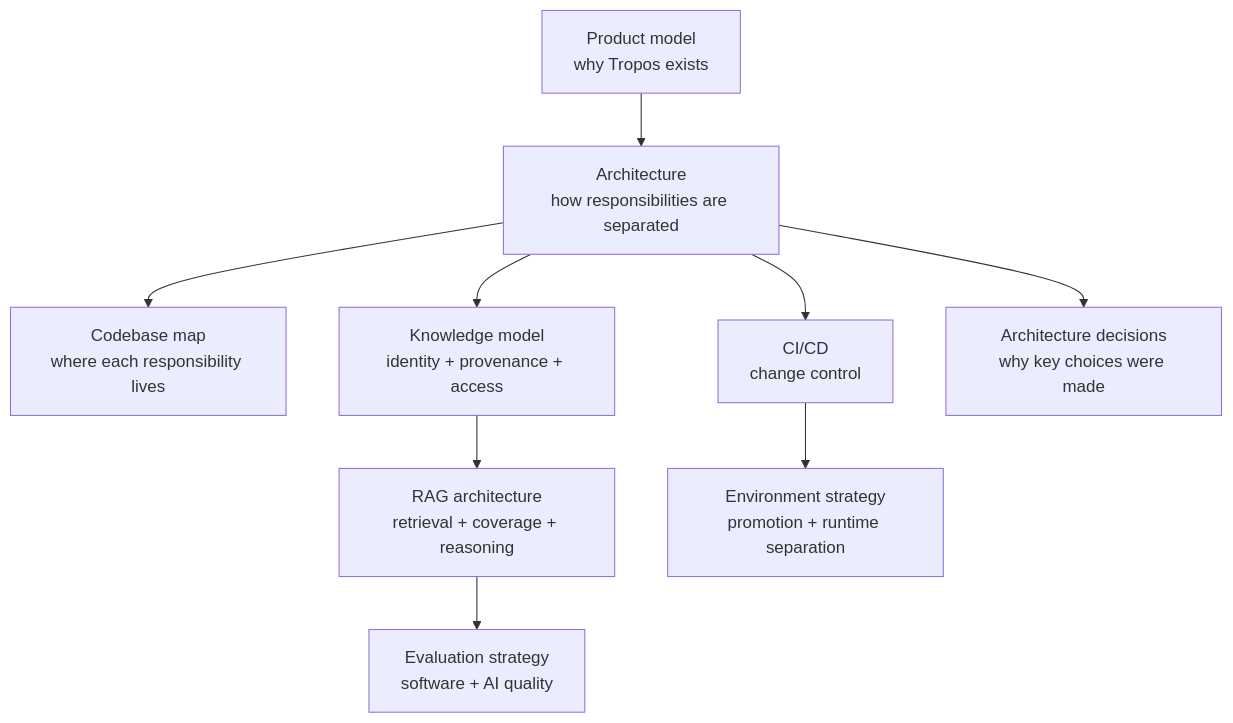
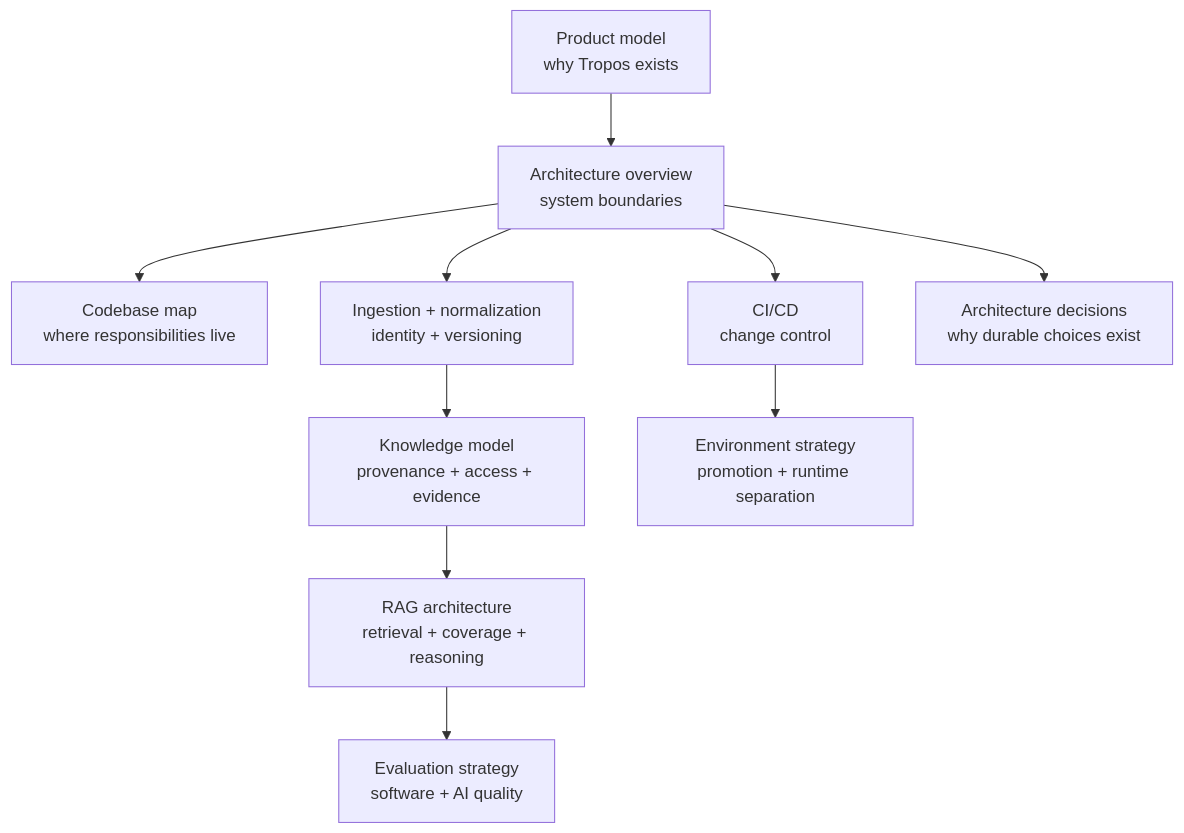
Before and after one commit to kumarchandansingh/tropos: the first of 2 diagrams in docs/README.md, drawn with Mermaid. The commit also changed other lines of this file and 23 other files, not shown here.

First line of the commit message:
feat: add deterministic normalization and canonical versioning

````diff
--- a/docs/README.md
+++ b/docs/README.md
@@ -9,21 +9,23 @@
 ```mermaid
 flowchart TB
     Product[Product model<br/>why Tropos exists]
-    Arch[Architecture<br/>how responsibilities are separated]
-    Code[Codebase map<br/>where each responsibility lives]
-    KM[Knowledge model<br/>identity + provenance + access]
+    Arch[Architecture overview<br/>system boundaries]
+    Code[Codebase map<br/>where responsibilities live]
+    Ingest[Ingestion + normalization<br/>identity + versioning]
+    KM[Knowledge model<br/>provenance + access + evidence]
     RAG[RAG architecture<br/>retrieval + coverage + reasoning]
     Eval[Evaluation strategy<br/>software + AI quality]
     CICD[CI/CD<br/>change control]
     Env[Environment strategy<br/>promotion + runtime separation]
-    ADR[Architecture decisions<br/>why key choices were made]
+    ADR[Architecture decisions<br/>why durable choices exist]
 
     Product --> Arch
     Arch --> Code
-    Arch --> KM
+    Arch --> Ingest
+    Ingest --> KM
     KM --> RAG
     RAG --> Eval
     Arch --> CICD
     CICD --> Env
     Arch --> ADR
 ```
````
